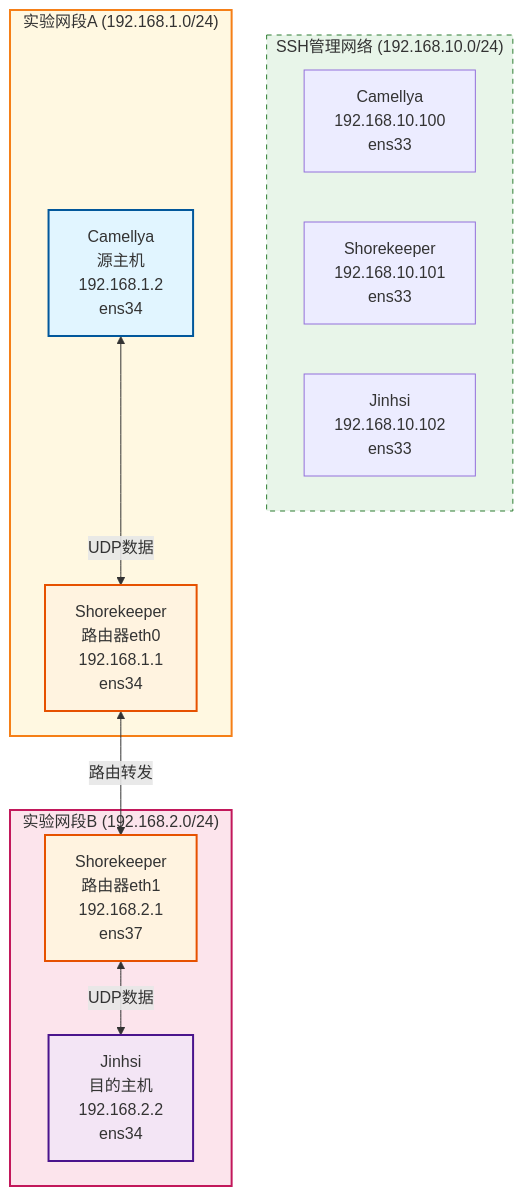
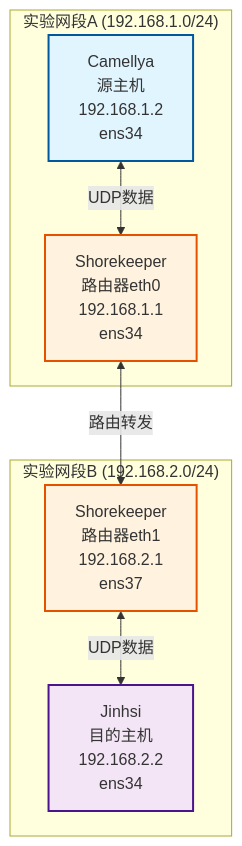
The seventh of 13 diagrams in Lab4/network_topology.md (ponder-j/HIT-Computer_Networks-Labs), drawn with Mermaid before and after one commit. The commit also changed 2 other files, not shown here.

Commit message:
Auto update at 2025/11/02 23:00:04

````diff
--- a/Lab4/network_topology.md
+++ b/Lab4/network_topology.md
@@ -145,30 +145,21 @@
 ```mermaid
 graph TB
-    subgraph 管理网络["SSH管理网络 (192.168.10.0/24)"]
-        M1[Camellya<br/>192.168.10.100<br/>ens33]
-        M2[Shorekeeper<br/>192.168.10.101<br/>ens33]
-        M3[Jinhsi<br/>192.168.10.102<br/>ens33]
-    end
-
     subgraph 实验网络A["实验网段A (192.168.1.0/24)"]
         A1[Camellya<br/>源主机<br/>192.168.1.2<br/>ens34]
         A2[Shorekeeper<br/>路由器eth0<br/>192.168.1.1<br/>ens34]
     end
 
     subgraph 实验网络B["实验网段B (192.168.2.0/24)"]
         B1[Shorekeeper<br/>路由器eth1<br/>192.168.2.1<br/>ens37]
         B2[Jinhsi<br/>目的主机<br/>192.168.2.2<br/>ens34]
     end
 
     A1 <-->|UDP数据| A2
     A2 <-->|路由转发| B1
     B1 <-->|UDP数据| B2
 
     style A1 fill:#e1f5ff,stroke:#01579b,stroke-width:2px
     style A2 fill:#fff3e0,stroke:#e65100,stroke-width:2px
     style B1 fill:#fff3e0,stroke:#e65100,stroke-width:2px
     style B2 fill:#f3e5f5,stroke:#4a148c,stroke-width:2px
-    style 管理网络 fill:#e8f5e9,stroke:#2e7d32,stroke-width:1px,stroke-dasharray: 5 5
-    style 实验网络A fill:#fff8e1,stroke:#f57f17,stroke-width:2px
-    style 实验网络B fill:#fce4ec,stroke:#c2185b,stroke-width:2px
 ```
````
